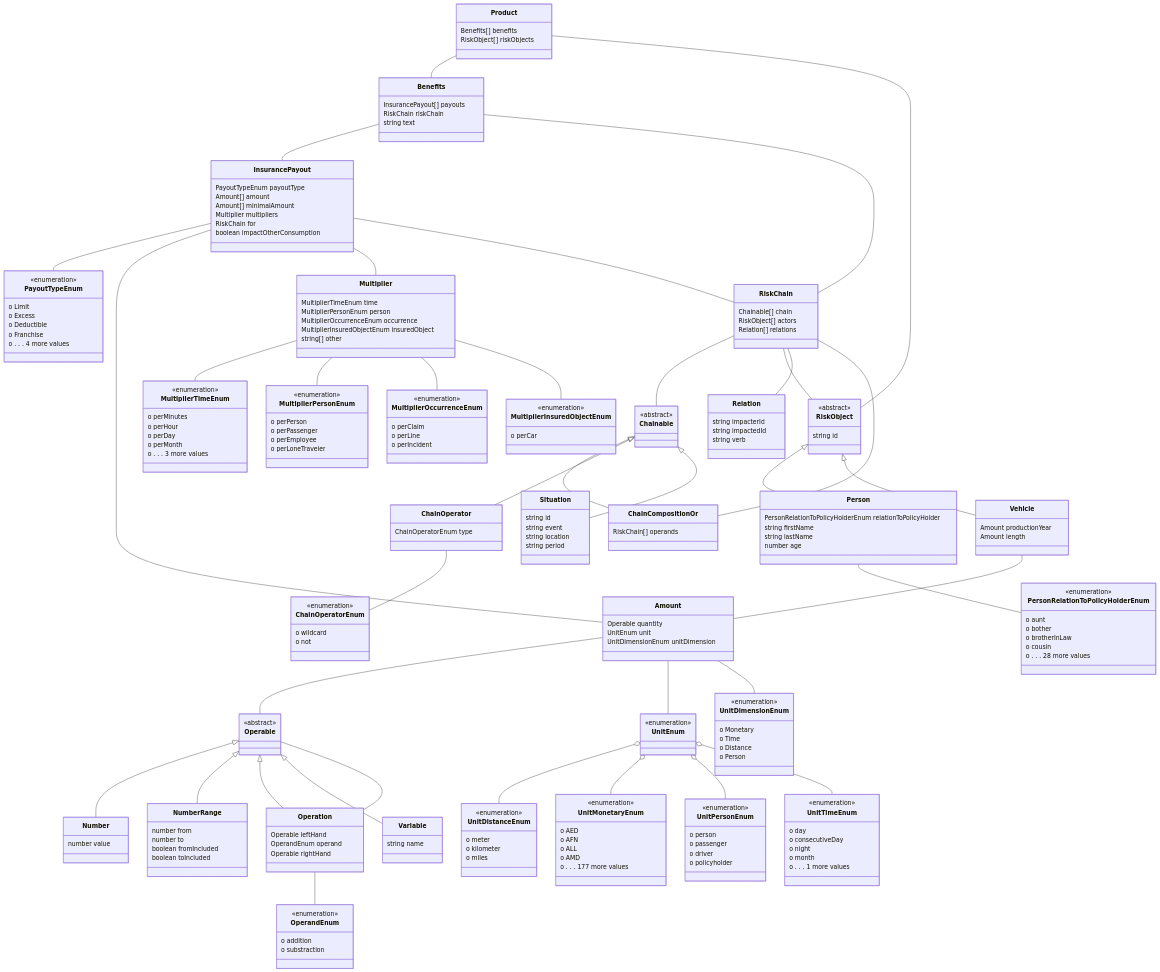
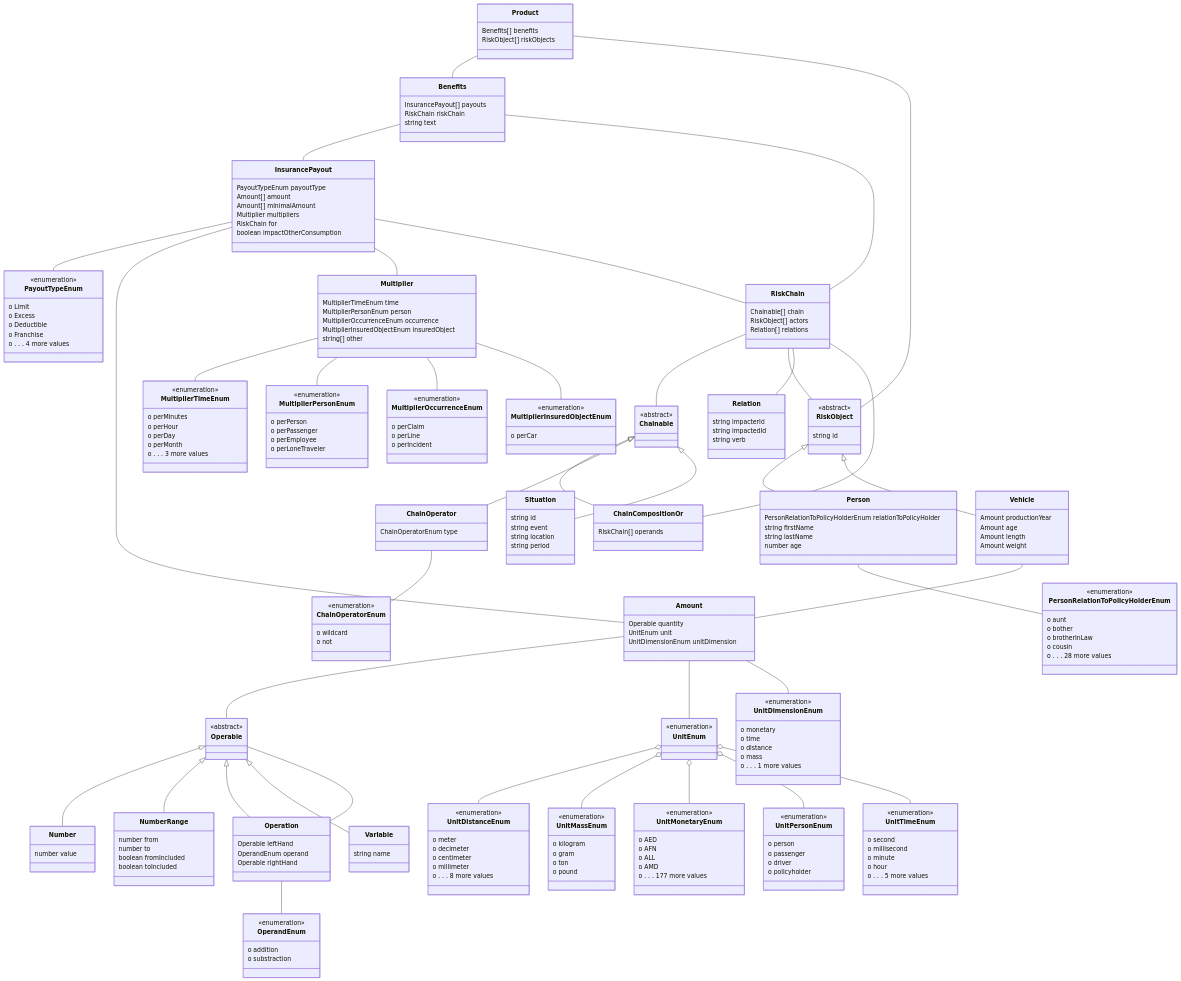
The diagram in datamodel-build/mermaid/diagram.mmd (codexstanford/Insurance-Payout-Ontology), drawn with Mermaid before and after one commit. The commit also changed 132 other files, not shown here.

```diff
--- a/datamodel-build/mermaid/diagram.mmd
+++ b/datamodel-build/mermaid/diagram.mmd
@@ -234,22 +234,34 @@
 
 class UnitDimensionEnum {
 <<enumeration>>
-  o Monetary
-  o Time
-  o Distance
-  o Person
+  o monetary
+  o time
+  o distance
+  o mass
+  o . . . 1 more values
 }
 
 UnitEnum o-- UnitDistanceEnum
   class UnitDistanceEnum {
 <<enumeration>>
   o meter
-  o kilometer
-  o miles
+  o decimeter
+  o centimeter
+  o millimeter
+  o . . . 8 more values
 }
 
 class UnitEnum {
 <<enumeration>>
+}
+
+UnitEnum o-- UnitMassEnum
+  class UnitMassEnum {
+<<enumeration>>
+  o kilogram
+  o gram
+  o ton
+  o pound
 }
 
 UnitEnum o-- UnitMonetaryEnum
@@ -274,11 +286,11 @@
 UnitEnum o-- UnitTimeEnum
   class UnitTimeEnum {
 <<enumeration>>
-  o day
-  o consecutiveDay
-  o night
-  o month
-  o . . . 1 more values
+  o second
+  o millisecond
+  o minute
+  o hour
+  o . . . 5 more values
 }
 
 
@@ -319,7 +331,9 @@
 class Vehicle {
 
   Amount productionYear
+  Amount age
   Amount length
+  Amount weight
 
 }
 
```
